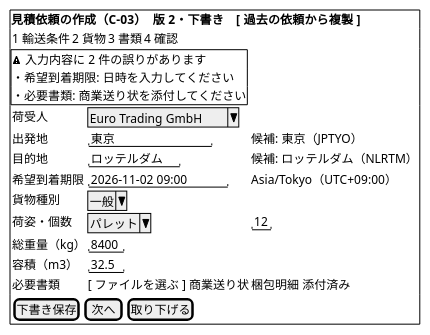
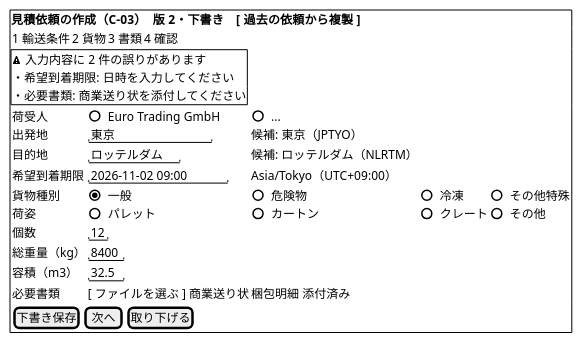
The tenth of 21 diagrams in docs/design/cargo-tracker/ui_design.md (k2works/practical-domain-driven-design-in-enterpris-application), drawn with PlantUML before and after one commit. The commit also changed other lines of this file and 20 other files, not shown here.

````diff
--- a/docs/design/cargo-tracker/ui_design.md
+++ b/docs/design/cargo-tracker/ui_design.md
@@ -448,25 +448,26 @@
 ```plantuml
 @startsalt
 {+
   <b>見積依頼の作成（C-03）　版 2・下書き　[ 過去の依頼から複製 ]
   { 1 輸送条件 | 2 貨物 | 3 書類 | 4 確認 }
   {+
     <&warning> 入力内容に 2 件の誤りがあります
     ・希望到着期限: 日時を入力してください
     ・必要書類: 商業送り状を添付してください
   }
   {
-    荷受人             | ^Euro Trading GmbH^
+    荷受人             | ( ) Euro Trading GmbH | ( ) ...
     出発地             | "東京             " | 候補: 東京（JPTYO）
     目的地             | "ロッテルダム     " | 候補: ロッテルダム（NLRTM）
     希望到着期限        | "2026-11-02 09:00 " | Asia/Tokyo（UTC+09:00）
-    貨物種別            | ^一般^
-    荷姿・個数          | ^パレット^ | "12"
+    貨物種別            | (X) 一般 | ( ) 危険物 | ( ) 冷凍 | ( ) その他特殊
+    荷姿               | ( ) パレット | ( ) カートン | ( ) クレート | ( ) その他
+    個数               | "12"
     総重量（kg）        | "8400"
     容積（m3）          | "32.5"
     必要書類            | [ ファイルを選ぶ ] 商業送り状 | 梱包明細 添付済み
   }
   { [ 下書き保存 ] | [ 次へ ] | [ 取り下げる ] }
 }
 @endsalt
 ```
````
